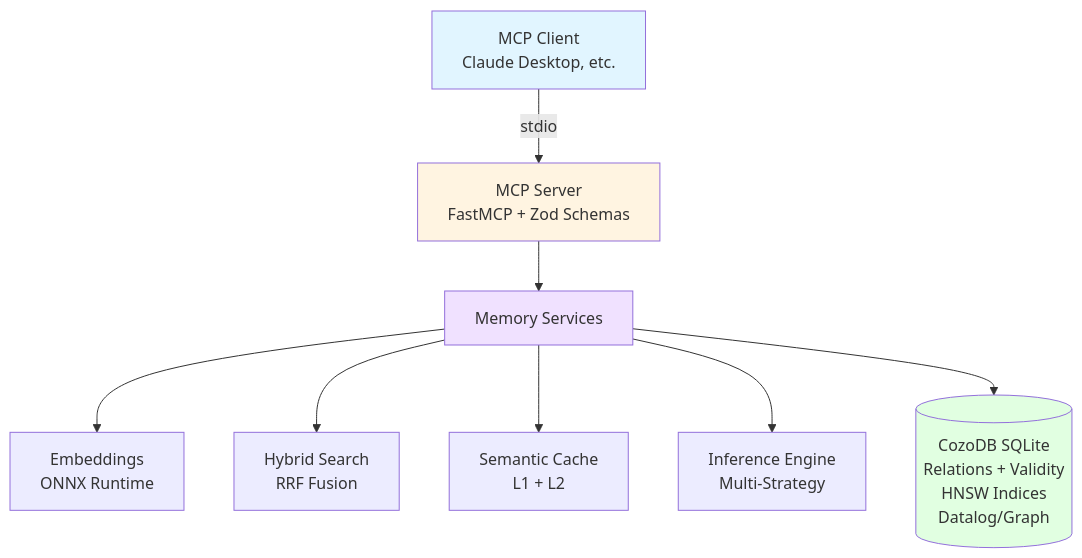
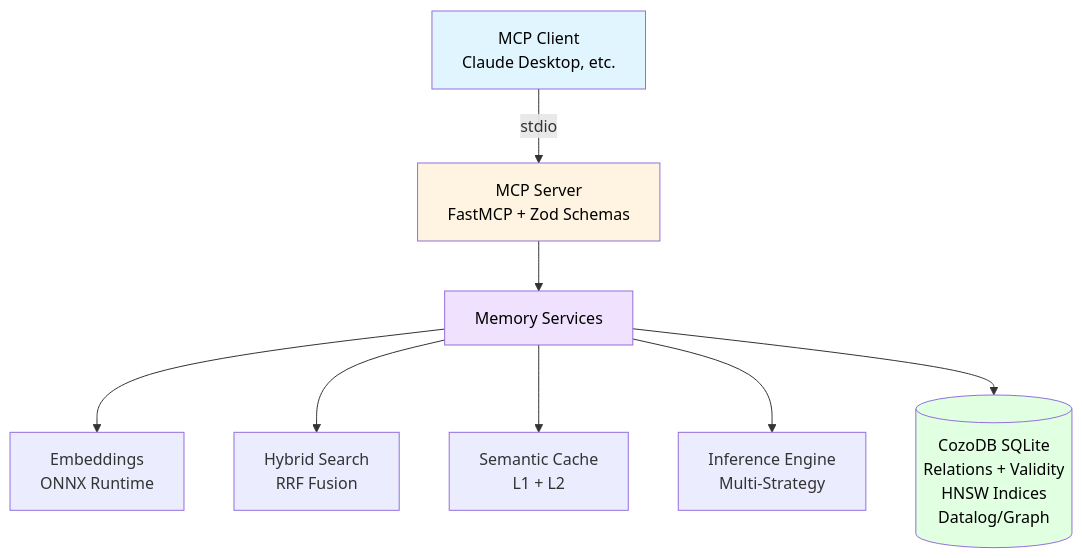
The first of 2 diagrams in README.md (tobs-code/cozo-memory), drawn with Mermaid before and after one commit. The commit also changed other lines of this file and 1 other file, not shown here.

Commit message:
docs: improve Mermaid diagram readability with black text

````diff
--- a/README.md
+++ b/README.md
@@ -205,24 +205,24 @@
 ```mermaid
 graph TB
     Client[MCP Client<br/>Claude Desktop, etc.]
     Server[MCP Server<br/>FastMCP + Zod Schemas]
     Services[Memory Services]
     Embeddings[Embeddings<br/>ONNX Runtime]
     Search[Hybrid Search<br/>RRF Fusion]
     Cache[Semantic Cache<br/>L1 + L2]
     Inference[Inference Engine<br/>Multi-Strategy]
     DB[(CozoDB SQLite<br/>Relations + Validity<br/>HNSW Indices<br/>Datalog/Graph)]
     
     Client -->|stdio| Server
     Server --> Services
     Services --> Embeddings
     Services --> Search
     Services --> Cache
     Services --> Inference
     Services --> DB
     
-    style Client fill:#e1f5ff
-    style Server fill:#fff4e1
-    style Services fill:#f0e1ff
-    style DB fill:#e1ffe1
+    style Client fill:#e1f5ff,color:#000
+    style Server fill:#fff4e1,color:#000
+    style Services fill:#f0e1ff,color:#000
+    style DB fill:#e1ffe1,color:#000
 ```
````
